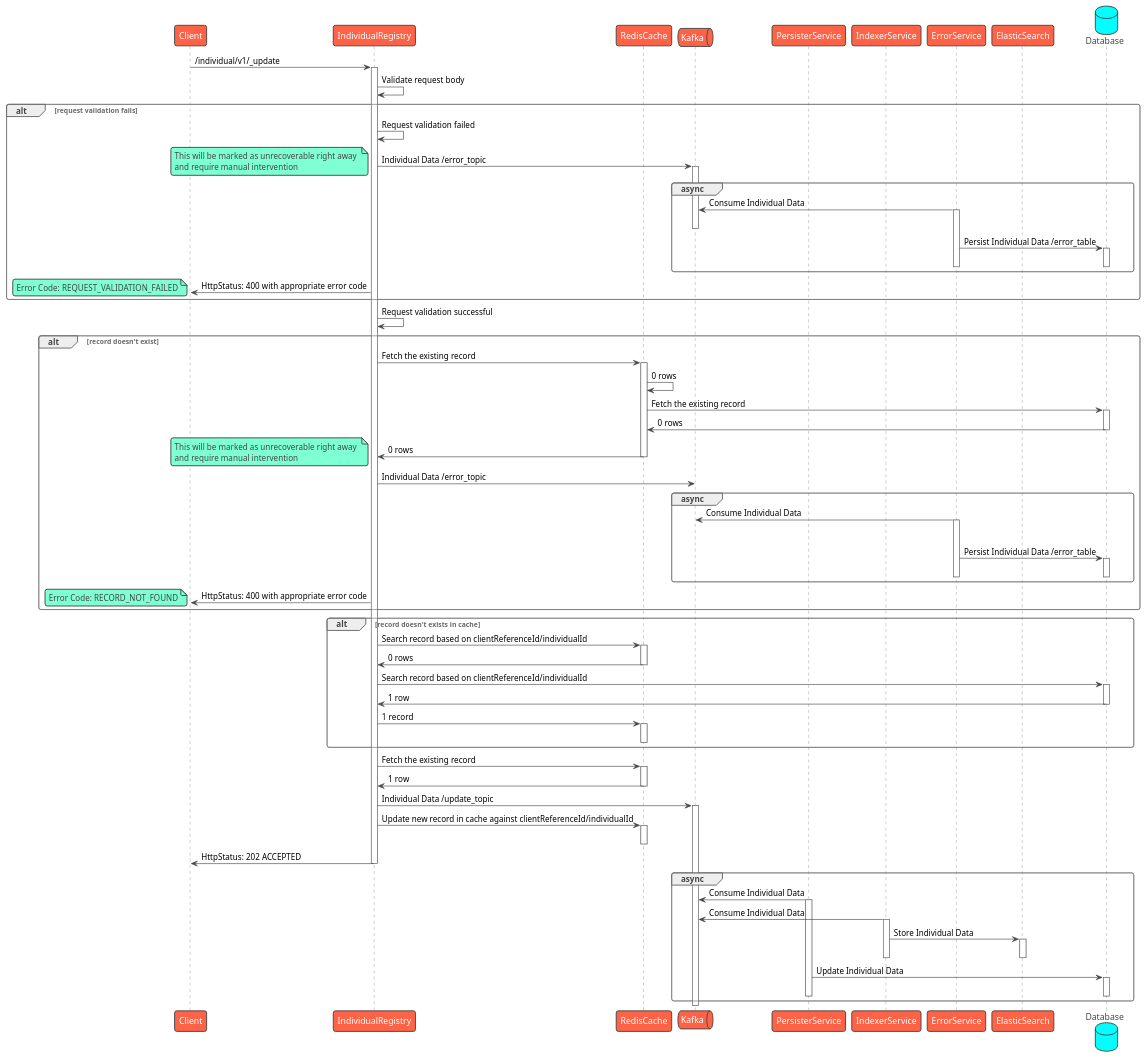
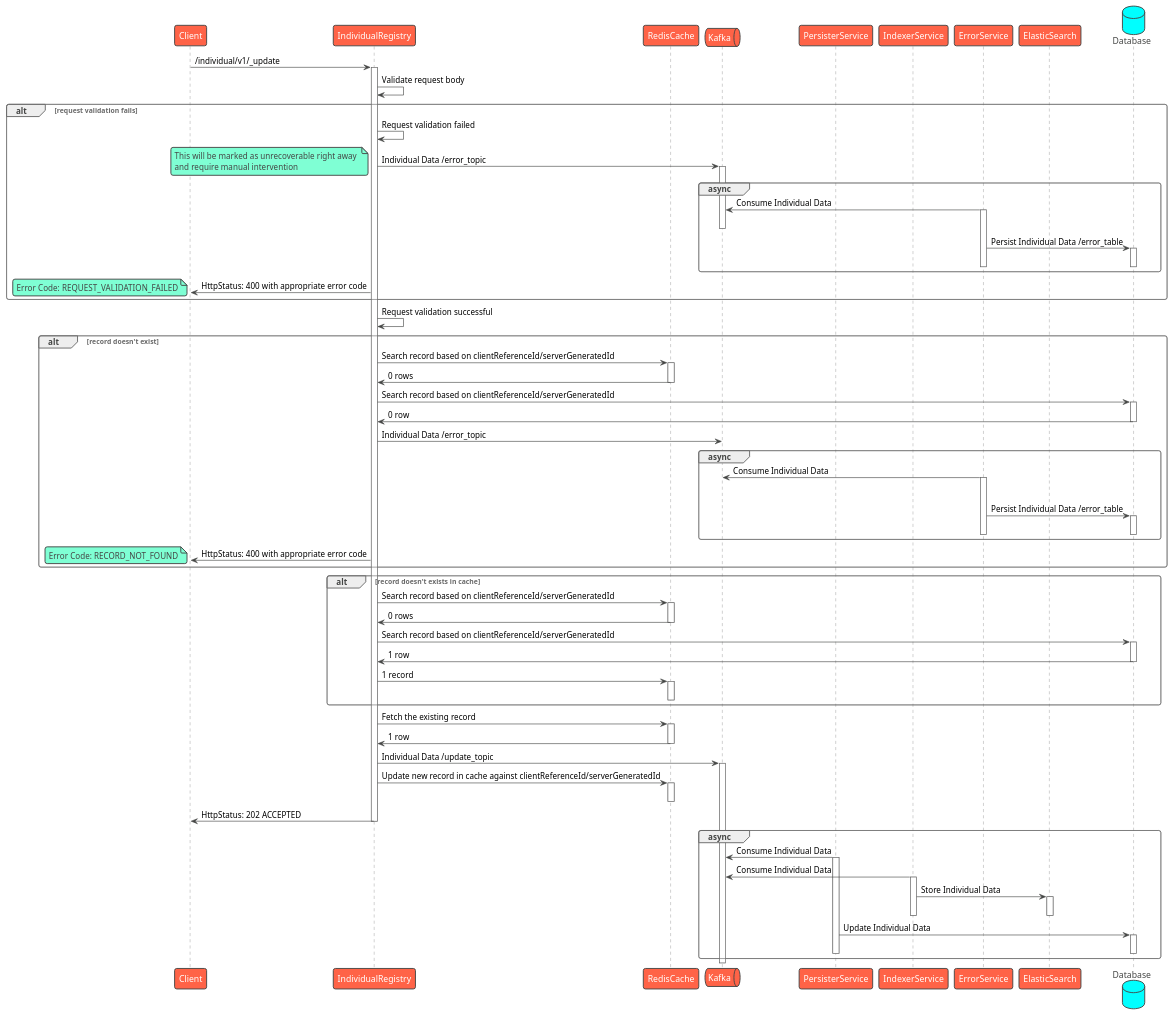
One commit to egovernments/health-api-specs changed the diagram in contracts/registries/individual/sequence/update.puml. Above: the diagram before and after it, drawn with PlantUML. The commit also changed 6 other files, not shown here.

Commit message:
Individual and Household sequence diagram updates

```diff
--- a/contracts/registries/individual/sequence/update.puml
+++ b/contracts/registries/individual/sequence/update.puml
@@ -1,111 +1,106 @@
 @startuml Individual Registry - Update
 !theme vibrant
 participant Client as c
-participant IndividualRegistry as ir
+participant IndividualRegistry as s
 participant RedisCache as rc
 queue Kafka as k
 participant PersisterService as prs
 participant IndexerService as idx
 participant ErrorService as es
 participant ElasticSearch as el
 database Database as db
-c -> ir : /individual/v1/_update
-activate ir
-ir -> ir: Validate request body
+c -> s : /individual/v1/_update
+activate s
+s -> s: Validate request body
 alt request validation fails
-    ir -> ir: Request validation failed
-    ir -> k: Individual Data /error_topic
+    s -> s: Request validation failed
+    s -> k: Individual Data /error_topic
     note left
         This will be marked as unrecoverable right away 
         and require manual intervention
     end note
     activate k
     group async
         es -> k: Consume Individual Data
         activate es
         deactivate k
         es -> db: Persist Individual Data /error_table
         activate db
         deactivate db
         deactivate es
     end
-    ir -> c: HttpStatus: 400 with appropriate error code
+    s -> c: HttpStatus: 400 with appropriate error code
     note left
       Error Code: REQUEST_VALIDATION_FAILED
     end note
 end
-ir -> ir: Request validation successful
+s -> s: Request validation successful
 alt record doesn't exist
-    ir -> rc: Fetch the existing record
+    s -> rc: Search record based on clientReferenceId/serverGeneratedId
     activate rc
-    rc -> rc: 0 rows
-    rc -> db: Fetch the existing record
+    rc -> s: 0 rows
+    deactivate rc
+    s -> db: Search record based on clientReferenceId/serverGeneratedId
     activate db
-    db -> rc: 0 rows
+    db -> s: 0 row
     deactivate db
-    rc -> ir: 0 rows
-    deactivate rc
-    note left
-        This will be marked as unrecoverable right away 
-        and require manual intervention
-    end note
-    ir -> k: Individual Data /error_topic
+    s -> k: Individual Data /error_topic
     group async
         es -> k: Consume Individual Data
         activate es
         deactivate k
         es -> db: Persist Individual Data /error_table
         activate db
         deactivate db
         deactivate es
     end
-    ir -> c: HttpStatus: 400 with appropriate error code
+    s -> c: HttpStatus: 400 with appropriate error code
     note left
       Error Code: RECORD_NOT_FOUND
     end note
 end
 alt record doesn't exists in cache
-    ir -> rc: Search record based on clientReferenceId/individualId
+    s -> rc: Search record based on clientReferenceId/serverGeneratedId
     activate rc
-    rc -> ir: 0 rows
+    rc -> s: 0 rows
     deactivate rc
-    ir -> db: Search record based on clientReferenceId/individualId
+    s -> db: Search record based on clientReferenceId/serverGeneratedId
     activate db
-    db -> ir: 1 row
+    db -> s: 1 row
     deactivate db
-    ir -> rc: 1 record
+    s -> rc: 1 record
     activate rc
     deactivate rc
 end
-ir -> rc: Fetch the existing record
+s -> rc: Fetch the existing record
 activate rc
-rc -> ir: 1 row
+rc -> s: 1 row
 deactivate rc
 'ir -> ir: Check if the new record is not equal to existing record
 'alt new record equals existing record
 '    ir -> ir: New record equals existing record
 '    ir -> c: HttpStatus: 202 ACCEPTED with appropriate response code
 'end
-ir -> k: Individual Data /update_topic
+s -> k: Individual Data /update_topic
 activate k
-ir -> rc: Update new record in cache against clientReferenceId/individualId
+s -> rc: Update new record in cache against clientReferenceId/serverGeneratedId
 activate rc
 deactivate rc
-ir -> c: HttpStatus: 202 ACCEPTED
-deactivate ir
+s -> c: HttpStatus: 202 ACCEPTED
+deactivate s
 group async
     prs -> k: Consume Individual Data
     activate prs
     idx -> k: Consume Individual Data
     activate idx
     idx -> el: Store Individual Data
     activate el
     deactivate el
     deactivate idx
     prs -> db: Update Individual Data
     activate db
     deactivate db
     deactivate prs
 end
 deactivate k
 @enduml
```
